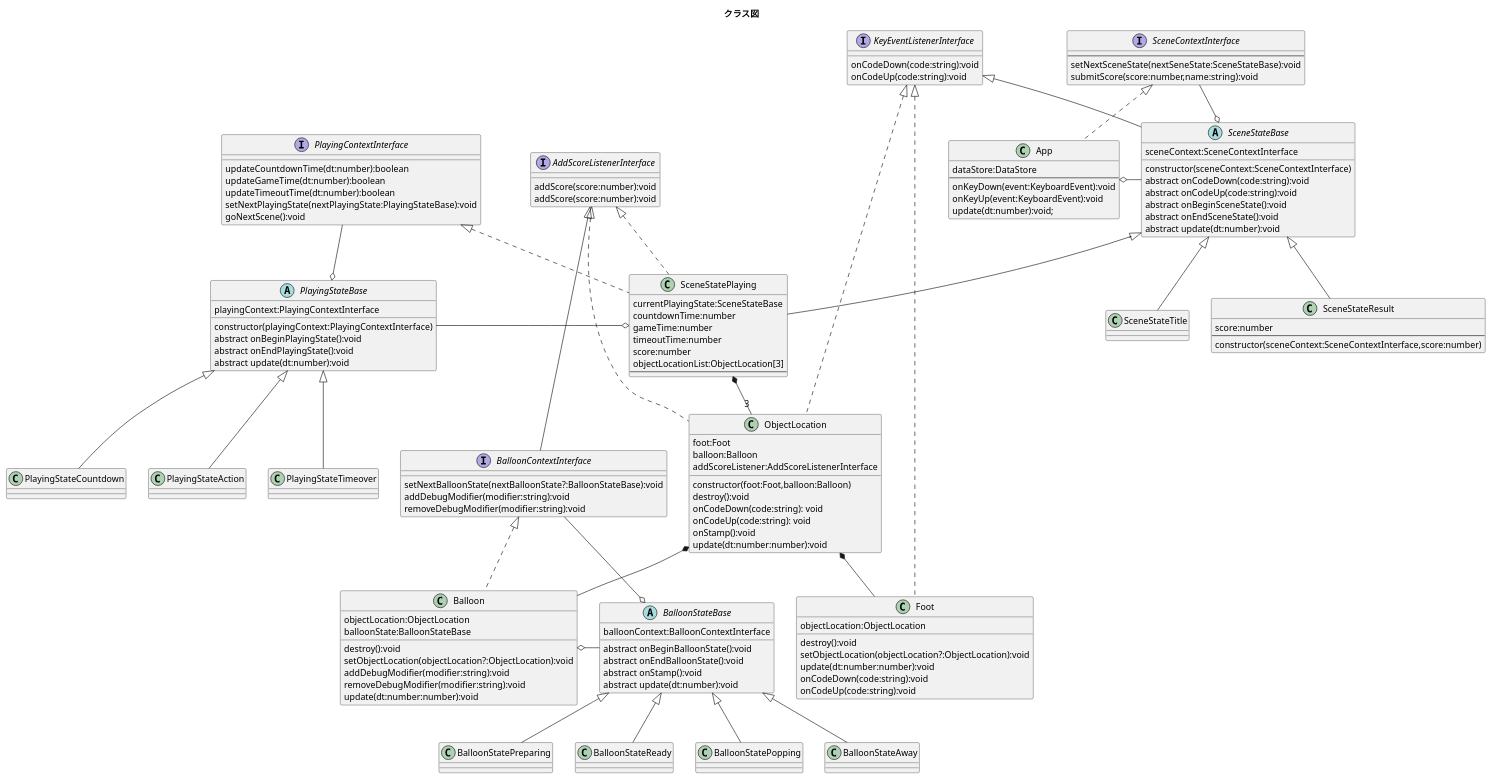
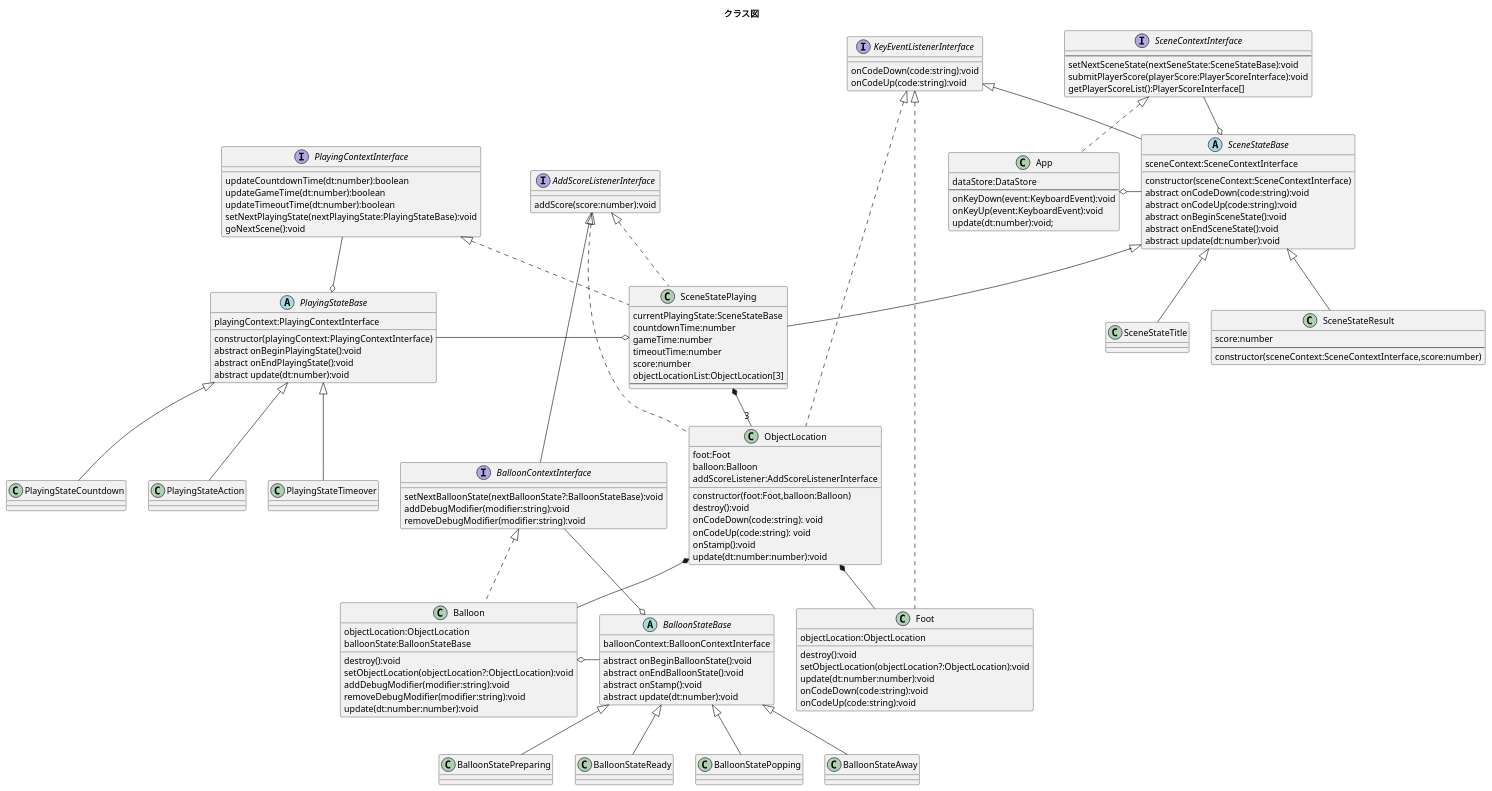
The diagram in uml/class-diagram.puml (novogrammer/balloon-popping-game), drawn with PlantUML before and after one commit. The commit also changed 5 other files, not shown here.

```diff
--- a/uml/class-diagram.puml
+++ b/uml/class-diagram.puml
@@ -1,164 +1,162 @@
 @startuml クラス図
 title クラス図
 
 interface AddScoreListenerInterface{
   addScore(score:number):void
 }
 interface KeyEventListenerInterface{
   onCodeDown(code:string):void
   onCodeUp(code:string):void
 }
 
 abstract class BalloonStateBase{
   balloonContext:BalloonContextInterface
   abstract onBeginBalloonState():void
   abstract onEndBalloonState():void
   abstract onStamp():void
   abstract update(dt:number):void
 }
 class BalloonStatePreparing extends BalloonStateBase{
 
 }
 class BalloonStateReady extends BalloonStateBase{
 
 }
 class BalloonStatePopping extends BalloonStateBase{
 
 }
 class BalloonStateAway extends BalloonStateBase{
 
 }
 
 
 interface BalloonContextInterface extends AddScoreListenerInterface{
   setNextBalloonState(nextBalloonState?:BalloonStateBase):void
   addDebugModifier(modifier:string):void
   removeDebugModifier(modifier:string):void
 }
 
 
 
 class ObjectLocation implements AddScoreListenerInterface,KeyEventListenerInterface{
   foot:Foot
   balloon:Balloon
   addScoreListener:AddScoreListenerInterface
   constructor(foot:Foot,balloon:Balloon)
   destroy():void
   onCodeDown(code:string): void
   onCodeUp(code:string): void
   onStamp():void
   update(dt:number:number):void
 }
 
 class Foot implements KeyEventListenerInterface{
   objectLocation:ObjectLocation
   destroy():void
   setObjectLocation(objectLocation?:ObjectLocation):void
   update(dt:number:number):void
   onCodeDown(code:string):void
   onCodeUp(code:string):void
 }
 
-interface AddScoreListenerInterface{
-  addScore(score:number):void
-}
 
 class Balloon implements BalloonContextInterface{
   objectLocation:ObjectLocation
   balloonState:BalloonStateBase
 
   destroy():void
   setObjectLocation(objectLocation?:ObjectLocation):void
   addDebugModifier(modifier:string):void
   removeDebugModifier(modifier:string):void
   update(dt:number:number):void
 }
 
 abstract class PlayingStateBase{
   playingContext:PlayingContextInterface
 
   constructor(playingContext:PlayingContextInterface)
   abstract onBeginPlayingState():void
   abstract onEndPlayingState():void
   abstract update(dt:number):void
 }
 
 class PlayingStateCountdown extends PlayingStateBase{
 
 }
 class PlayingStateAction extends PlayingStateBase{
 
 }
 
 class PlayingStateTimeover extends PlayingStateBase{
 
 }
 
 interface PlayingContextInterface{
   updateCountdownTime(dt:number):boolean
   updateGameTime(dt:number):boolean
   updateTimeoutTime(dt:number):boolean
   setNextPlayingState(nextPlayingState:PlayingStateBase):void
   goNextScene():void
 }
 
 abstract class SceneStateBase extends KeyEventListenerInterface{
   sceneContext:SceneContextInterface
 
   constructor(sceneContext:SceneContextInterface)
   abstract onCodeDown(code:string):void
   abstract onCodeUp(code:string):void
   abstract onBeginSceneState():void
   abstract onEndSceneState():void
   abstract update(dt:number):void
 }
 
 class SceneStateTitle extends SceneStateBase{
 }
 class SceneStatePlaying extends SceneStateBase implements PlayingContextInterface,AddScoreListenerInterface{
   currentPlayingState:SceneStateBase
   countdownTime:number
   gameTime:number
   timeoutTime:number
   score:number
   objectLocationList:ObjectLocation[3]
   --
 }
 class SceneStateResult extends SceneStateBase{
   score:number
   --
   constructor(sceneContext:SceneContextInterface,score:number)
 }
 
 
 interface SceneContextInterface{
   --
   setNextSceneState(nextSeneState:SceneStateBase):void
-  submitScore(score:number,name:string):void
+  submitPlayerScore(playerScore:PlayerScoreInterface):void
+  getPlayerScoreList():PlayerScoreInterface[]
 }
 
 class App implements SceneContextInterface{
   dataStore:DataStore
   --
   onKeyDown(event:KeyboardEvent):void
   onKeyUp(event:KeyboardEvent):void
   update(dt:number):void;
 }
 
 
 SceneStateBase o-up- SceneContextInterface
 App o-right- SceneStateBase
 
 SceneStatePlaying *-- "3" ObjectLocation
 ObjectLocation *-- Foot
 ObjectLocation *-- Balloon
 
 
 BalloonStateBase o-up- BalloonContextInterface
 Balloon o-right- BalloonStateBase
 
 
 PlayingStateBase o-up- PlayingContextInterface
 SceneStatePlaying o-left- PlayingStateBase
 
 @enduml
```
